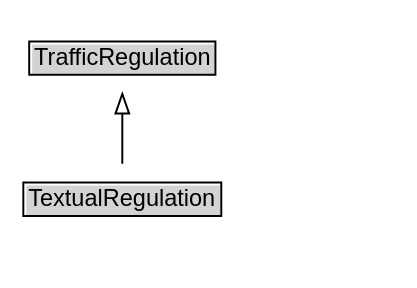
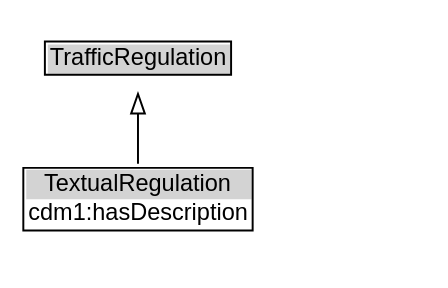
One commit to k-vaughn/ontology-its-regulation changed the diagram in docs/diagrams/TextualRegulation.dot. Above: the diagram before and after it, drawn with Graphviz. The commit also changed 98 other files, not shown here.

```diff
--- a/docs/diagrams/TextualRegulation.dot
+++ b/docs/diagrams/TextualRegulation.dot
@@ -1,19 +1,19 @@
 // Diagram for TextualRegulation
 digraph {
 	graph [overlap=false rankdir=TB splines=true]
 	node [fontname=Arial fontsize=12 margin=0 shape=none]
 	edge [fontname=Arial fontsize=11]
 	{
 		rank=source
 		TrafficRegulation [label=<<TABLE BORDER="1" CELLBORDER="0" CELLSPACING="0" CELLPADDING="1"><TR><TD BGCOLOR="lightgray" ALIGN="CENTER">TrafficRegulation</TD></TR></TABLE>> URL="../TrafficRegulation" margin=0]
 	}
-	TextualRegulation [label=<<TABLE BORDER="1" CELLBORDER="0" CELLSPACING="0" CELLPADDING="1"><TR><TD BGCOLOR="lightgray" ALIGN="CENTER">TextualRegulation</TD></TR></TABLE>> URL="../TextualRegulation" margin=0]
+	TextualRegulation [label=<<TABLE BORDER="1" CELLBORDER="0" CELLSPACING="0" CELLPADDING="1"><TR><TD BGCOLOR="lightgray" ALIGN="CENTER">TextualRegulation</TD></TR><TR><TD ALIGN="LEFT">cdm1:hasDescription</TD></TR></TABLE>> URL="../TextualRegulation" margin=0]
 	{
 		rank=max
 	}
 	subgraph cluster_associated {
 		label="" style=invis
 		Invis [label=<<TABLE BORDER="0" CELLBORDER="0" CELLSPACING="0" CELLPADDING="1"><TR><TD></TD></TR></TABLE>> margin=0 style=invis]
 	}
 	TextualRegulation -> TrafficRegulation [arrowhead=onormal style=solid]
 }
```
